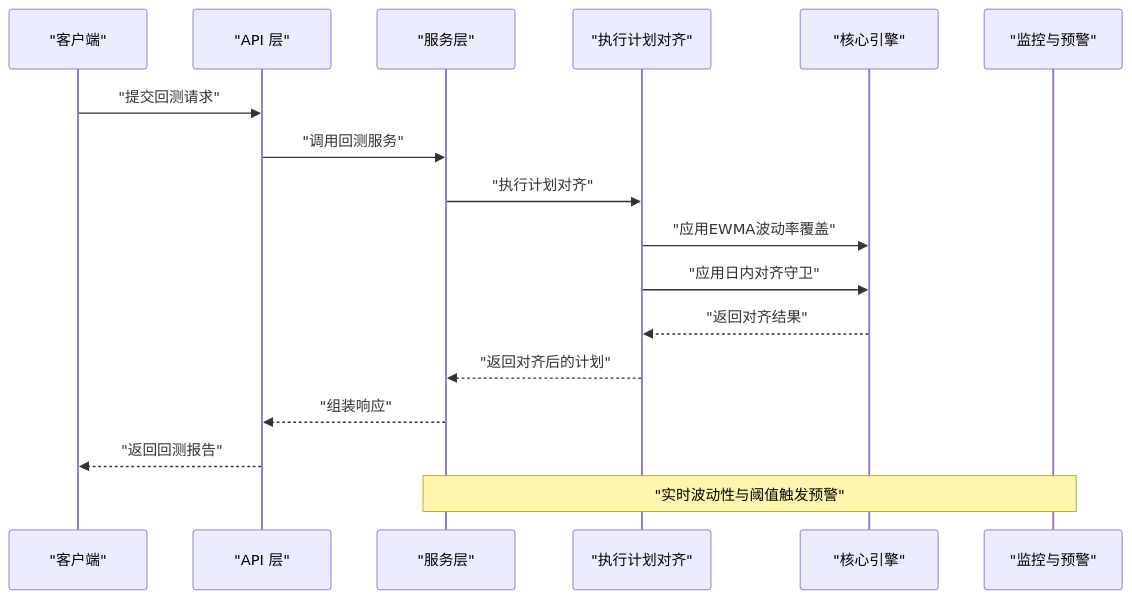
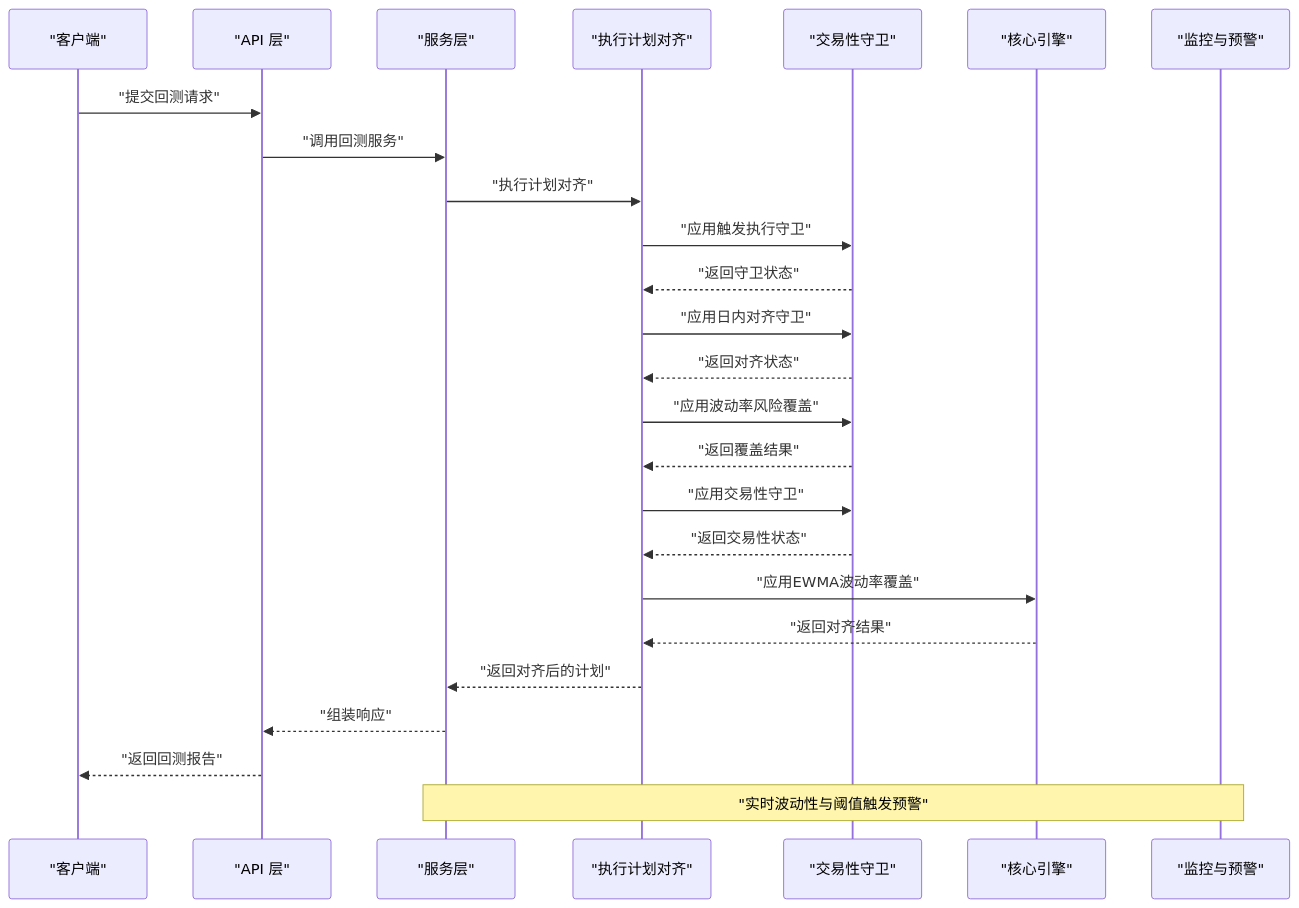
The second of 8 diagrams in .qoder/repowiki/zh/content/交易策略系统/风险管理.md (anYaoooo/daily_stock_analysis), drawn with Mermaid before and after one commit. The commit also changed other lines of this file and 140 other files, not shown here.

````diff
--- a/.qoder/repowiki/zh/content/交易策略系统/风险管理.md
+++ b/.qoder/repowiki/zh/content/交易策略系统/风险管理.md
@@ -160,19 +170,27 @@
 ```mermaid
 sequenceDiagram
 participant Client as "客户端"
 participant API as "API 层"
 participant Service as "服务层"
 participant Analyzer as "执行计划对齐"
+participant Guards as "交易性守卫"
 participant Engine as "核心引擎"
 participant Monitor as "监控与预警"
 Client->>API : "提交回测请求"
 API->>Service : "调用回测服务"
 Service->>Analyzer : "执行计划对齐"
+Analyzer->>Guards : "应用触发执行守卫"
+Guards-->>Analyzer : "返回守卫状态"
+Analyzer->>Guards : "应用日内对齐守卫"
+Guards-->>Analyzer : "返回对齐状态"
+Analyzer->>Guards : "应用波动率风险覆盖"
+Guards-->>Analyzer : "返回覆盖结果"
+Analyzer->>Guards : "应用交易性守卫"
+Guards-->>Analyzer : "返回交易性状态"
 Analyzer->>Engine : "应用EWMA波动率覆盖"
-Analyzer->>Engine : "应用日内对齐守卫"
 Engine-->>Analyzer : "返回对齐结果"
 Analyzer-->>Service : "返回对齐后的计划"
 Service-->>API : "组装响应"
 API-->>Client : "返回回测报告"
 Note over Monitor,Service : "实时波动性与阈值触发预警"
 ```
````
